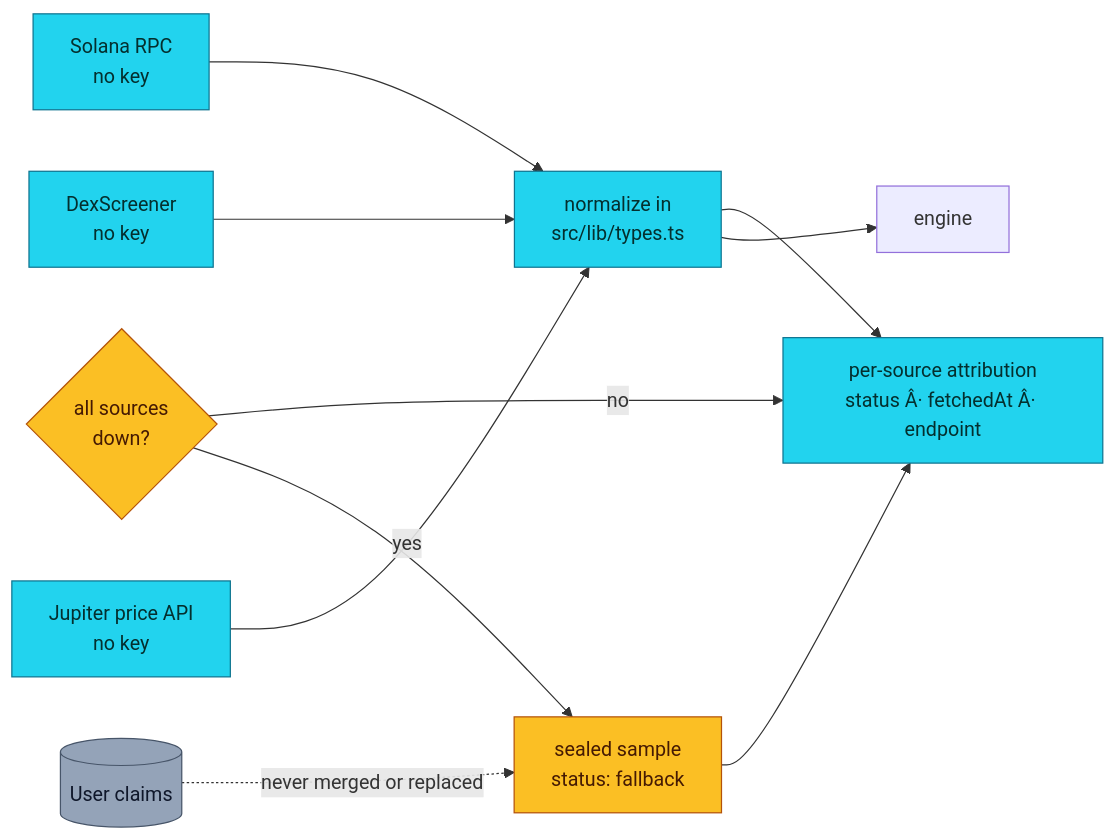
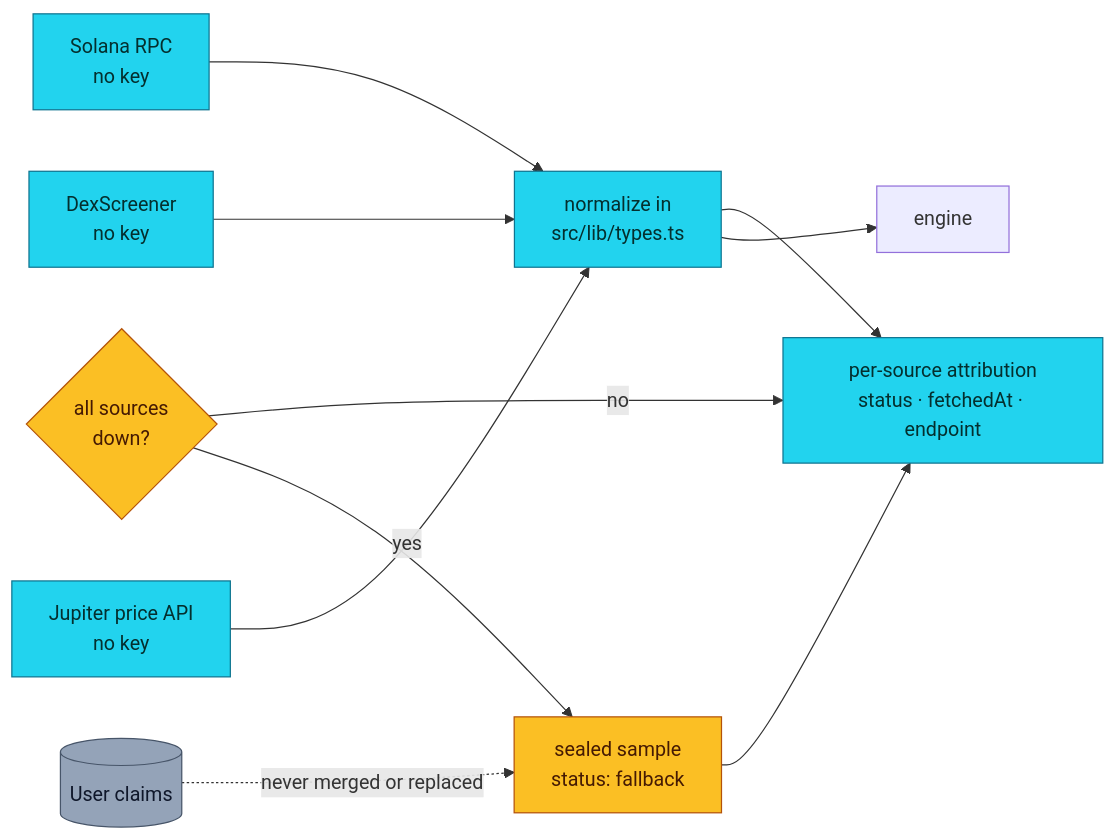
The third of 8 diagrams in README.md (aniruddhaadak80/mintline), drawn with Mermaid before and after one commit. The commit also changed other lines of this file and 14 other files, not shown here.

````diff
--- a/README.md
+++ b/README.md
@@ -316,20 +320,20 @@
 ```mermaid
 graph LR
   RPC["Solana RPC<br/>no key"] --> Norm["normalize in<br/>src/lib/types.ts"]
   Dex["DexScreener<br/>no key"] --> Norm
   Jup["Jupiter price API<br/>no key"] --> Norm
-  Norm --> Sources["per-source attribution<br/>status Â· fetchedAt Â· endpoint"]
+  Norm --> Sources["per-source attribution<br/>status · fetchedAt · endpoint"]
   Norm --> Engine["engine"]
   Alt{"all sources<br/>down?"}
   Alt -->|no| Sources
   Alt -->|yes| Sample["sealed sample<br/>status: fallback"]
   Sample --> Sources
   Store[("User claims")] -.->|"never merged or replaced"| Sample
 
   classDef live fill:#22d3ee,stroke:#0e7490,color:#042f2e
   classDef warn fill:#fbbf24,stroke:#b45309,color:#451a03
   classDef store fill:#94a3b8,stroke:#475569,color:#0f172a
   class RPC,Dex,Jup,Norm,Sources live
   class Sample,Alt warn
   class Store store
 ```
````
